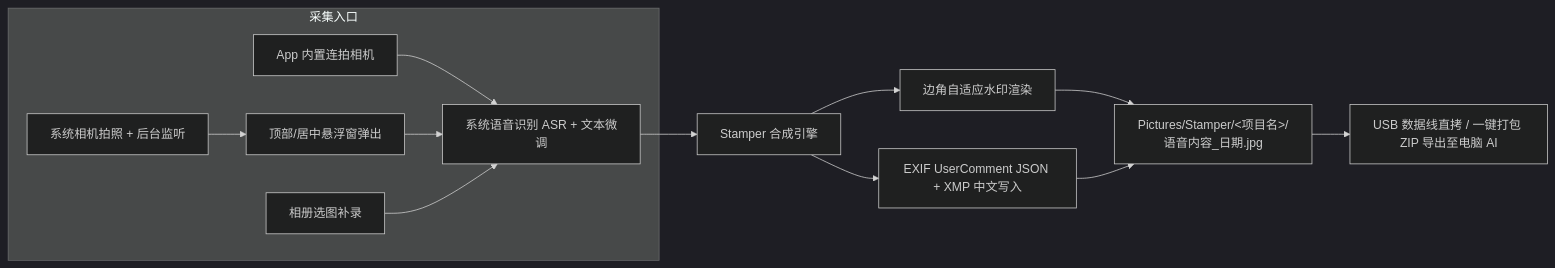
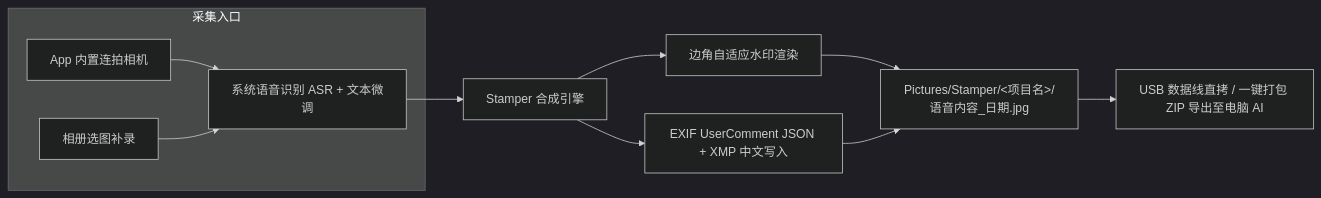
Before and after one commit to zongyangbigpolo/stamper: the diagram in docs/SPEC.md, drawn with Mermaid (dark theme). The commit also changed other lines of this file and 19 other files, not shown here.

````diff
--- a/docs/SPEC.md
+++ b/docs/SPEC.md
@@ -15,13 +15,12 @@
 ```mermaid
 flowchart LR
     subgraph 采集入口
         A1[App 内置连拍相机] --> B
-        A2[系统相机拍照 + 后台监听] --> O[顶部/居中悬浮窗弹出] --> B
         A3[相册选图补录] --> B
     end
     B[系统语音识别 ASR + 文本微调] --> C[Stamper 合成引擎]
     C --> D1[边角自适应水印渲染]
     C --> D2[EXIF UserComment JSON + XMP 中文写入]
     D1 & D2 --> E["Pictures/Stamper/<项目名>/语音内容_日期.jpg"]
     E --> F[USB 数据线直拷 / 一键打包 ZIP 导出至电脑 AI]
 ```
````
